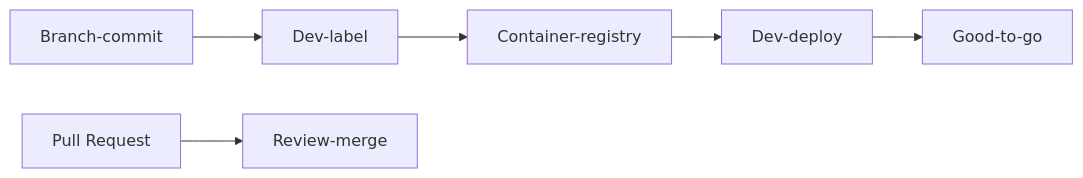
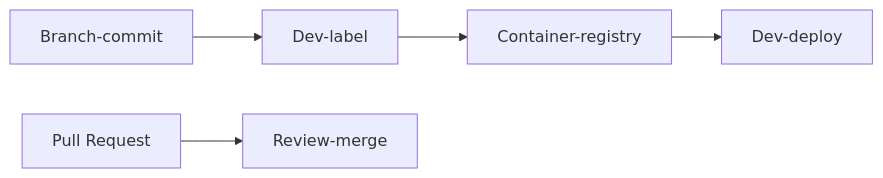
The first of 2 diagrams in commit-to-cust-flow.md (ncmsops/dev-manual), drawn with Mermaid before and after one commit. The commit also changed other lines of this file, not shown here.

````diff
--- a/commit-to-cust-flow.md
+++ b/commit-to-cust-flow.md
@@ -16,8 +16,7 @@
 ```mermaid
   graph LR;
       Branch-commit-->Dev-label;
       Dev-label-->Container-registry;
       Container-registry-->Dev-deploy;
-      Dev-deploy-->Good-to-go;
       PR[Pull Request]-->Review-merge;
 ```
````
